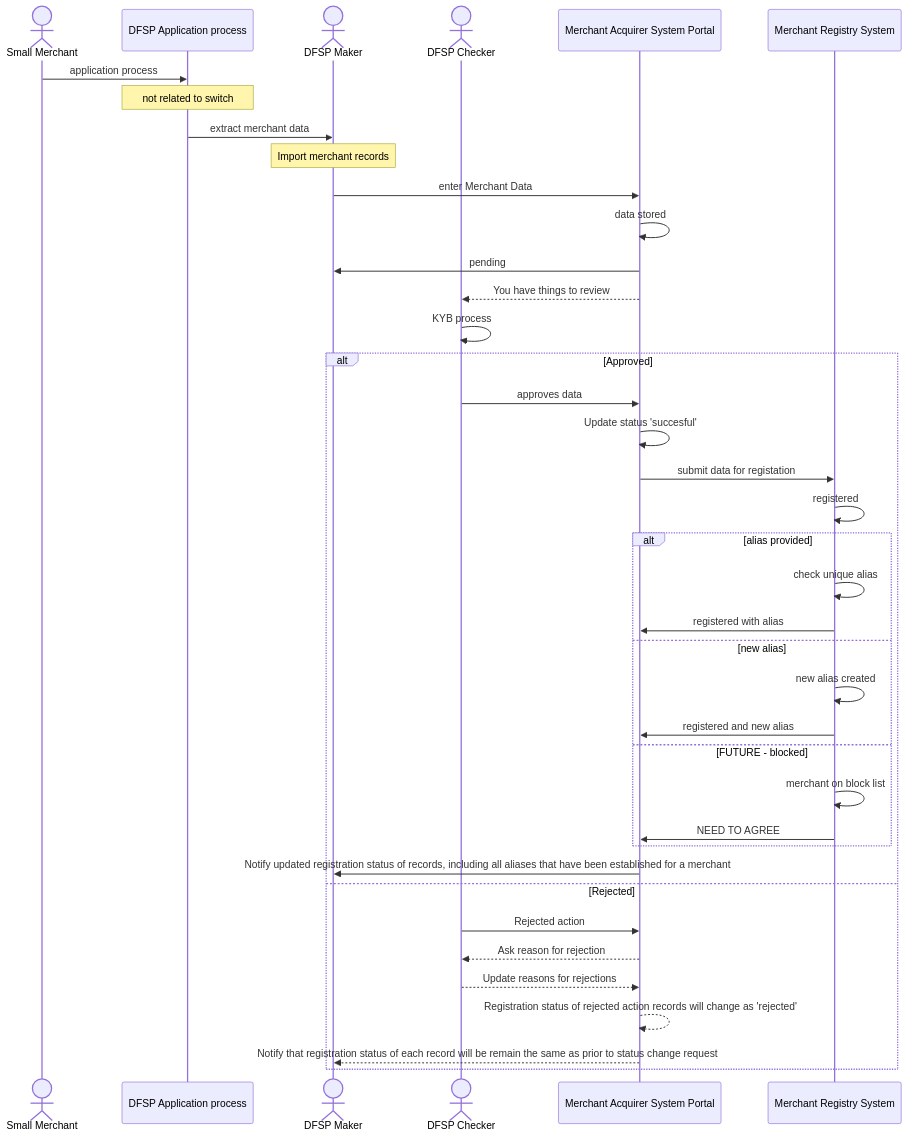
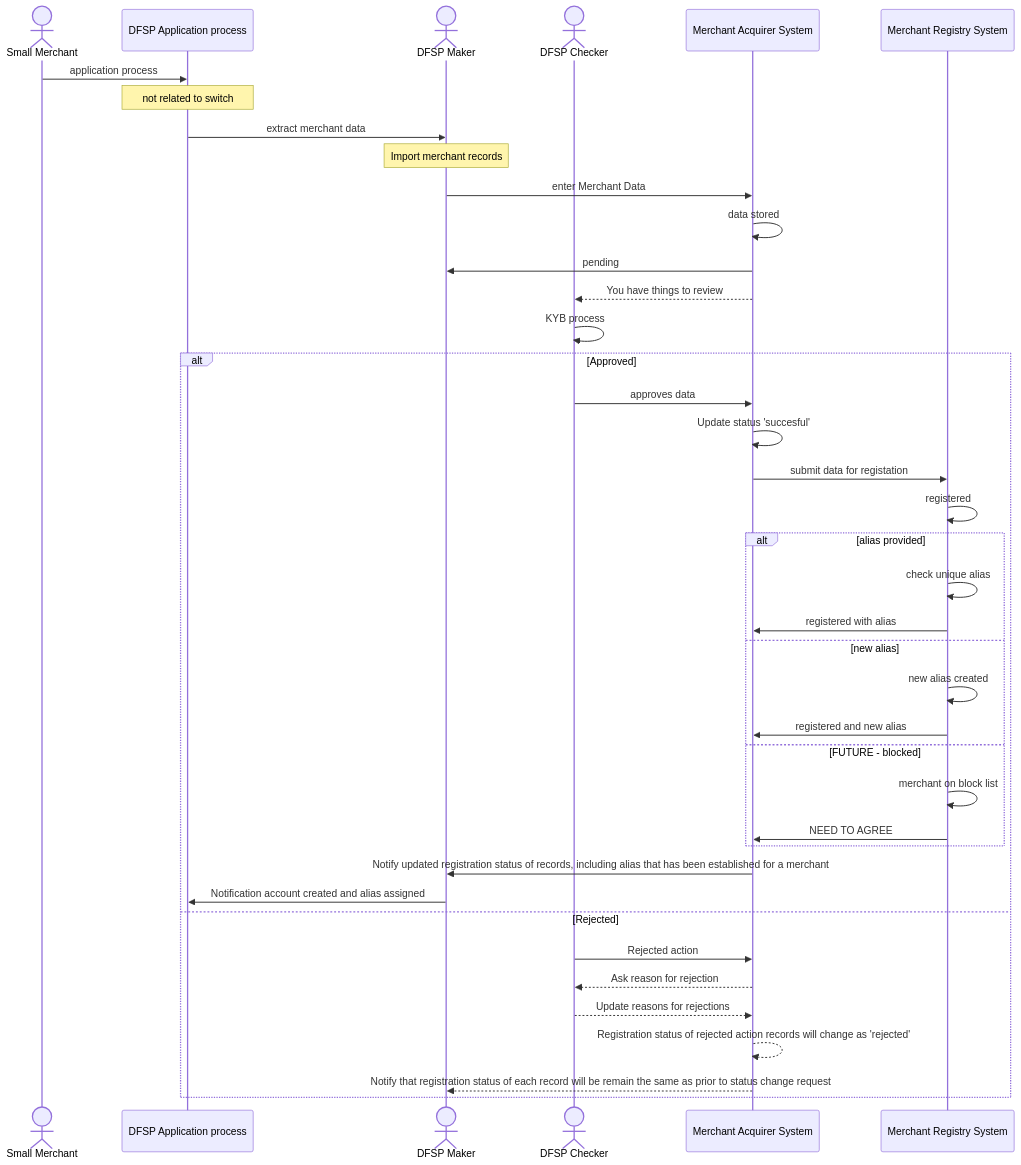
The second of 2 diagrams in DFSP merchant onboard Sequence Diagram.md (mojaloop/merchant-payment-docs), drawn with Mermaid before and after one commit. The commit also changed other lines of this file and 1 other file, not shown here.

````diff
--- a/DFSP merchant onboard Sequence Diagram.md
+++ b/DFSP merchant onboard Sequence Diagram.md
@@ -37,54 +39,55 @@
 ```mermaid
 
 sequenceDiagram
     actor merc as Small Merchant
     participant dfspapp as DFSP Application process
     actor DFSPMake as DFSP Maker
     actor DFSPCheck as DFSP Checker
-    participant macq as Merchant Acquirer System Portal
+    participant macq as Merchant Acquirer System
     participant oracle as Merchant Registry System
 
     merc ->> dfspapp: application process 
     
     Note over dfspapp: not related to switch
 
     dfspapp ->> DFSPMake: extract merchant data
 
     Note over DFSPMake: Import merchant records
 
     DFSPMake ->> macq: enter Merchant Data
 
     macq ->> macq: data stored
     macq->>DFSPMake: pending
 
     macq-->>DFSPCheck: You have things to review
 
     DFSPCheck->>DFSPCheck: KYB process
 
     alt Approved
         DFSPCheck->>macq: approves data
         macq ->> macq: Update status 'succesful'
         macq->>oracle: submit data for registation
 
         oracle->>oracle: registered
         alt alias provided
             oracle->>oracle: check unique alias
             oracle->>macq: registered with alias
         else new alias
             oracle->>oracle: new alias created
             oracle->>macq: registered and new alias
         else FUTURE - blocked
             oracle->>oracle: merchant on block list
             oracle->>macq: NEED TO AGREE
         end
 
-        macq ->> DFSPMake: Notify updated registration status of records, including all aliases that have been established for a merchant
+        macq ->> DFSPMake: Notify updated registration status of records, including alias that has been established for a merchant
+        DFSPMake->>dfspapp: Notification account created and alias assigned
     else Rejected
         DFSPCheck->>macq: Rejected action
         macq -->>DFSPCheck: Ask reason for rejection
         DFSPCheck -->> macq: Update reasons for rejections
         macq -->> macq: Registration status of rejected action records will change as 'rejected'
         macq -->> DFSPMake: Notify that registration status of each record will be remain the same as prior to status change request    
     end
     
 ```
````
